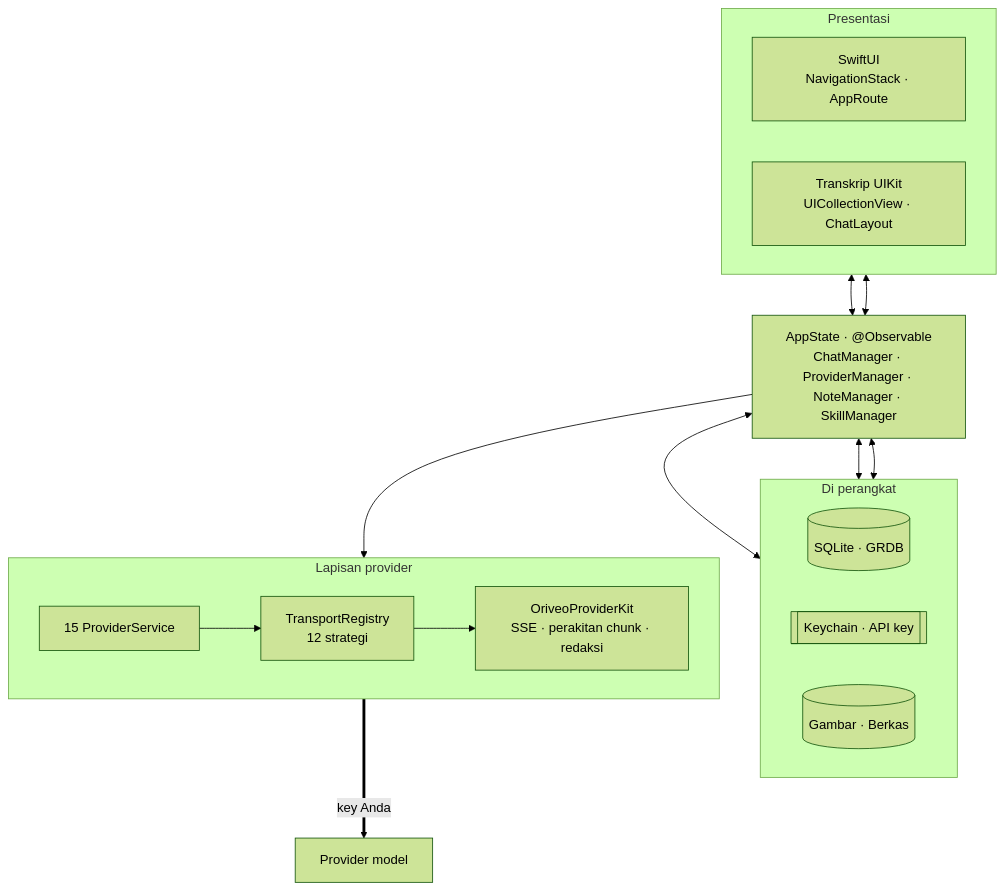
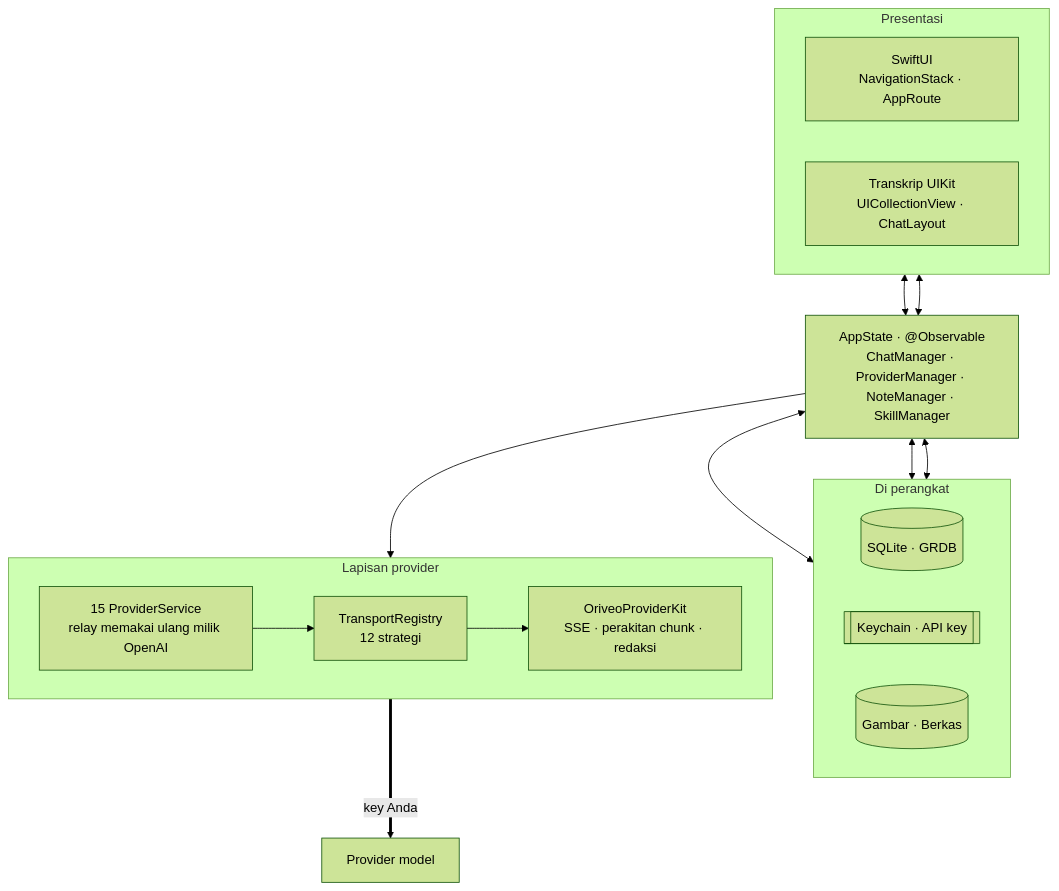
The first of 2 diagrams in readme_i18n/id/ios.md (oriveo/oriveo), drawn with Mermaid (forest theme) before and after one commit. The commit also changed other lines of this file and 62 other files, not shown here.

````diff
--- a/readme_i18n/id/ios.md
+++ b/readme_i18n/id/ios.md
@@ -47,30 +47,30 @@
 ```mermaid
 flowchart TB
     subgraph ui ["Presentasi"]
         direction LR
         swiftui["SwiftUI<br/>NavigationStack · AppRoute"]
         uikit["Transkrip UIKit<br/>UICollectionView · ChatLayout"]
     end
 
     appstate["AppState · @Observable<br/>ChatManager · ProviderManager · NoteManager · SkillManager"]
 
     subgraph store ["Di perangkat"]
         direction LR
         grdb[("SQLite · GRDB")]
         keychain[["Keychain · API key"]]
         files[("Gambar · Berkas")]
     end
 
     subgraph provider ["Lapisan provider"]
         direction LR
-        services["15 ProviderService"]
+        services["15 ProviderService<br/>relay memakai ulang milik OpenAI"]
         transports["TransportRegistry<br/>12 strategi"]
         kit["OriveoProviderKit<br/>SSE · perakitan chunk · redaksi"]
     end
 
     swiftui & uikit <--> appstate
     appstate <--> grdb & keychain & files
     appstate --> services
     services --> transports --> kit
     kit ==>|"key Anda"| up["Provider model"]
 ```
````
